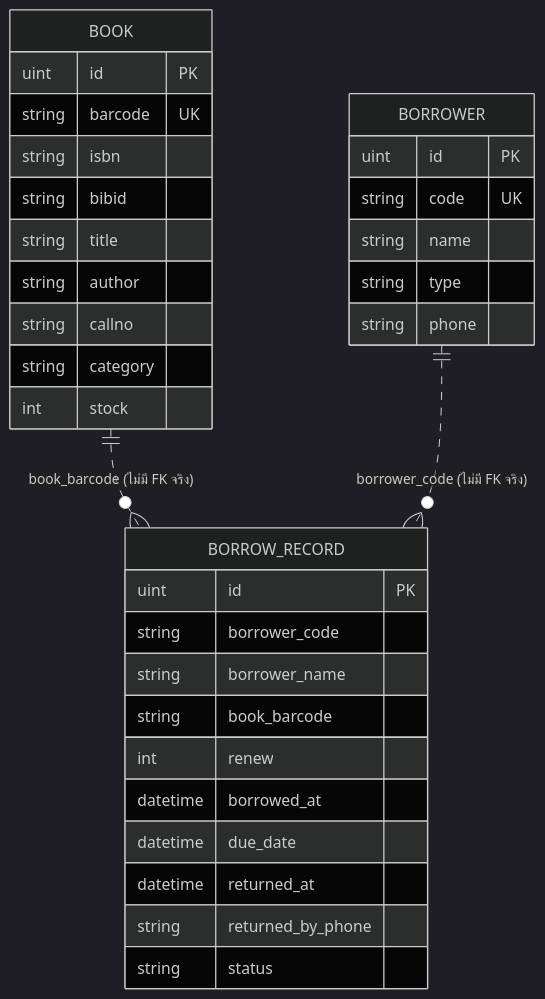
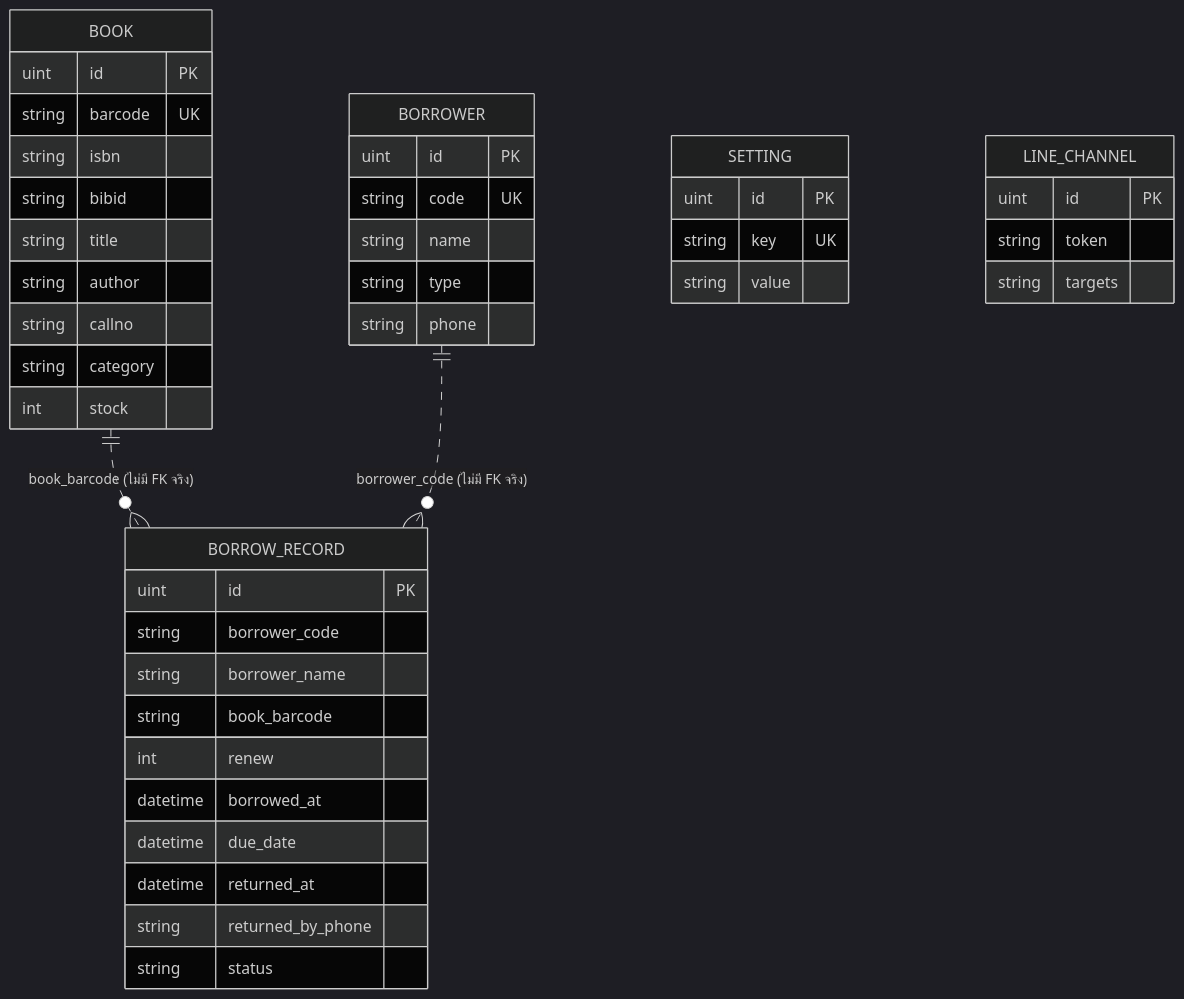
The third of 3 diagrams in README.md (knot339/smart-library), drawn with Mermaid (dark theme) before and after one commit. The commit also changed other lines of this file, not shown here.

````diff
--- a/README.md
+++ b/README.md
@@ -135,35 +143,45 @@
 ```mermaid
 erDiagram
     BOOK {
         uint id PK
         string barcode UK
         string isbn
         string bibid
         string title
         string author
         string callno
         string category
         int stock
     }
     BORROWER {
         uint id PK
         string code UK
         string name
         string type
         string phone
     }
     BORROW_RECORD {
         uint id PK
         string borrower_code
         string borrower_name
         string book_barcode
         int renew
         datetime borrowed_at
         datetime due_date
         datetime returned_at
         string returned_by_phone
         string status
     }
+    SETTING {
+        uint id PK
+        string key UK
+        string value
+    }
+    LINE_CHANNEL {
+        uint id PK
+        string token
+        string targets
+    }
     BOOK ||..o{ BORROW_RECORD : "book_barcode (ไม่มี FK จริง)"
     BORROWER ||..o{ BORROW_RECORD : "borrower_code (ไม่มี FK จริง)"
 ```
````
